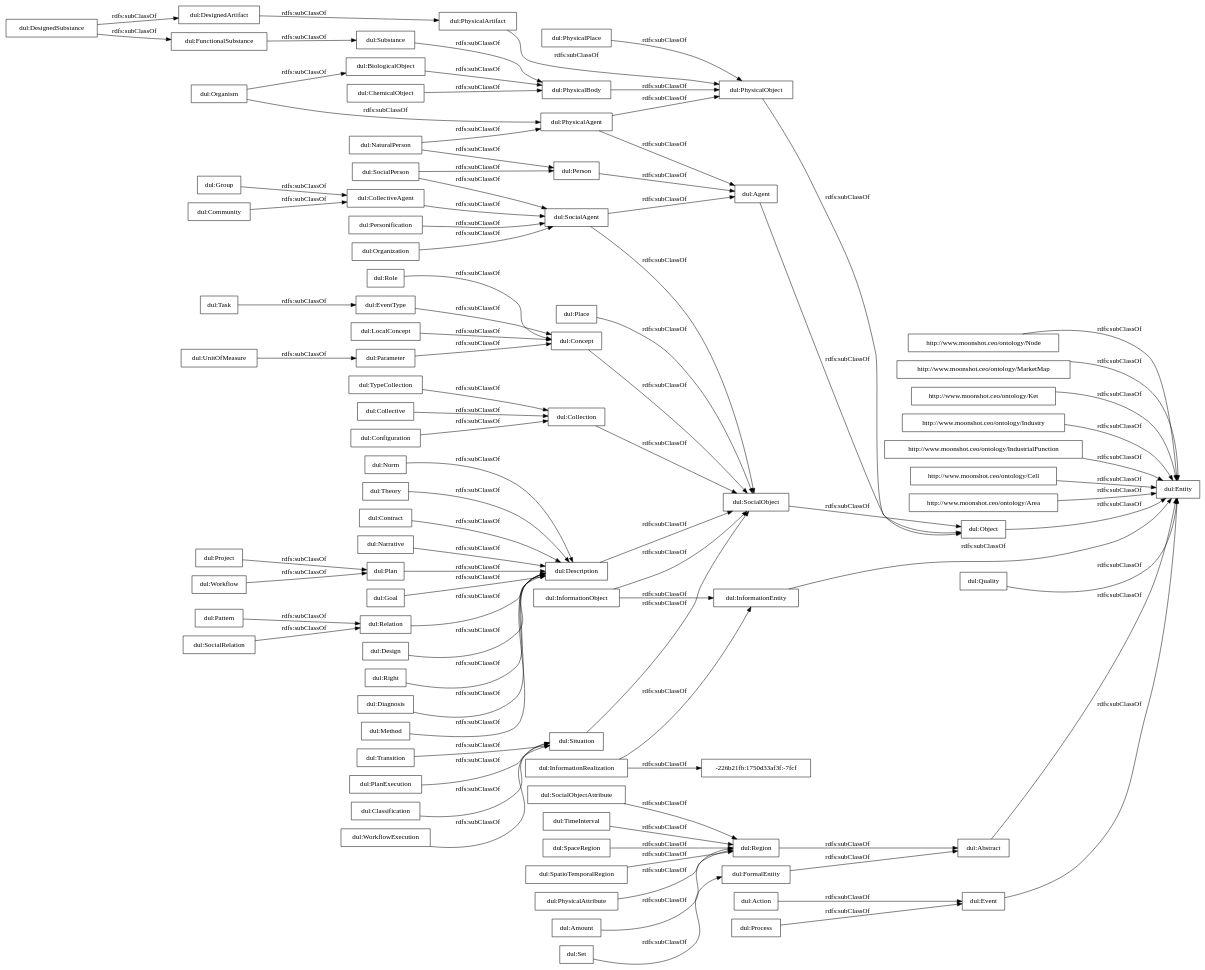
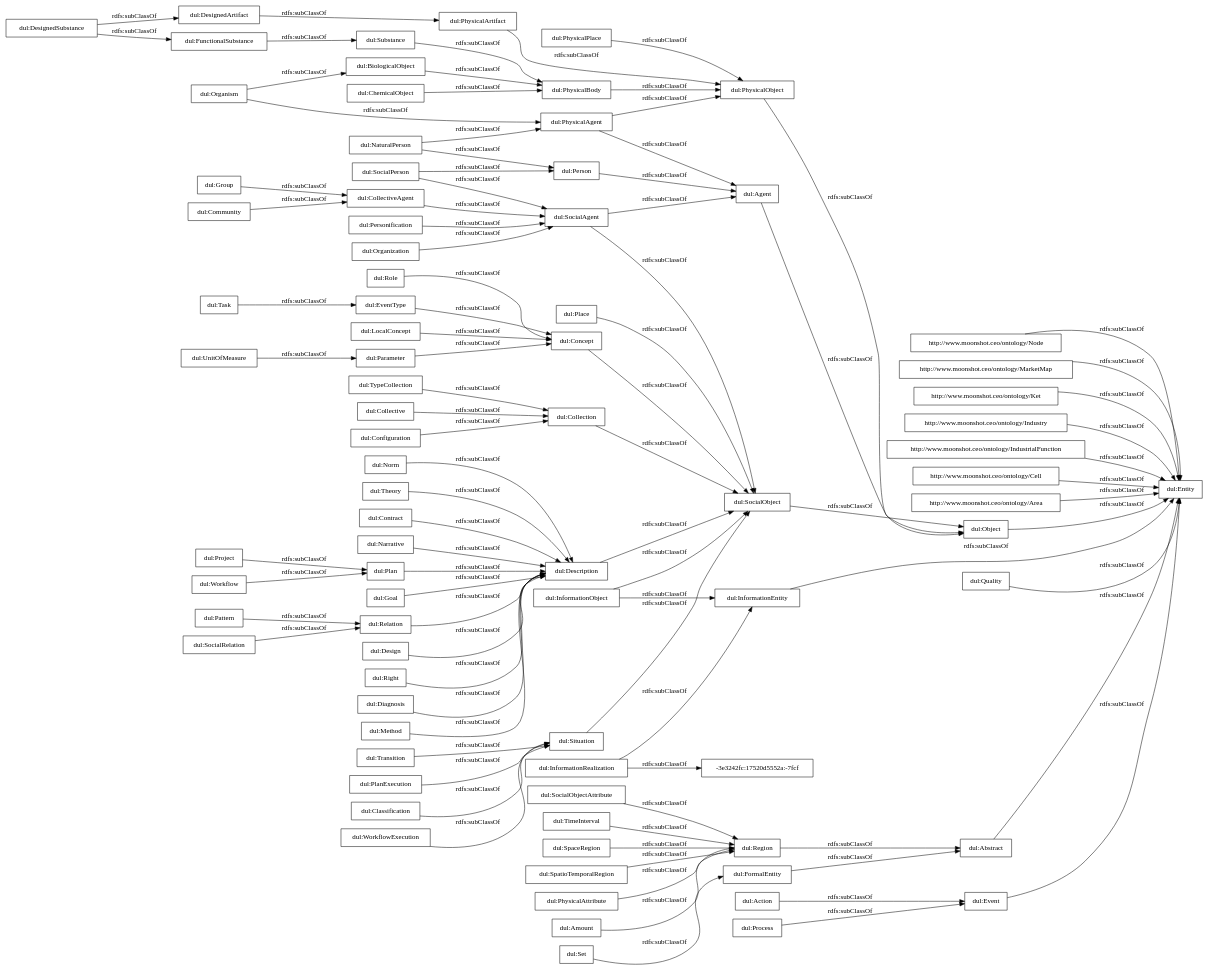
The diagram in OnToology/iebrain-core.owl/diagrams/ar2dtool-taxonomy/iebrain-core.owl.png.dot (oeg-upm/IEBrain), drawn with Graphviz before and after one commit. The commit also changed 54 other files, not shown here.

```diff
--- a/OnToology/iebrain-core.owl/diagrams/ar2dtool-taxonomy/iebrain-core.owl.png.dot
+++ b/OnToology/iebrain-core.owl/diagrams/ar2dtool-taxonomy/iebrain-core.owl.png.dot
@@ -1,95 +1,95 @@
 digraph ar2dtool_diagram { 
 rankdir=LR;
 size="1000"
-node [shape = rectangle, color="black"]; "http://www.moonshot.ceo/ontology/Node" "http://www.moonshot.ceo/ontology/MarketMap" "http://www.moonshot.ceo/ontology/Ket" "http://www.moonshot.ceo/ontology/Industry" "http://www.moonshot.ceo/ontology/IndustrialFunction" "http://www.moonshot.ceo/ontology/Cell" "http://www.moonshot.ceo/ontology/Area" "dul:Goal" "dul:FormalEntity" "dul:EventType" "dul:PhysicalBody" "dul:Object" "dul:Description" "dul:PhysicalAgent" "dul:Relation" "dul:Role" "dul:Entity" "dul:Organism" "dul:Personification" "dul:Situation" "dul:UnitOfMeasure" "dul:Abstract" "dul:SocialPerson" "dul:Transition" "dul:Collective" "dul:CollectiveAgent" "dul:Amount" "dul:Plan" "dul:Design" "dul:Process" "dul:SocialObjectAttribute" "dul:Right" "dul:Task" "dul:DesignedSubstance" "dul:BiologicalObject" "dul:Place" "dul:Quality" "dul:Action" "dul:SocialAgent" "dul:Configuration" "dul:Project" "dul:PlanExecution" "dul:Pattern" "dul:Diagnosis" "dul:Agent" "dul:Classification" "dul:Parameter" "dul:WorkflowExecution" "dul:SocialObject" "dul:Group" "dul:Community" "dul:FunctionalSubstance" "dul:PhysicalPlace" "dul:Method" "dul:Concept" "dul:SocialRelation" "dul:Event" "dul:DesignedArtifact" "dul:TimeInterval" "dul:Person" "dul:TypeCollection" "dul:SpaceRegion" "dul:PhysicalObject" "dul:SpatioTemporalRegion" "dul:Norm" "-226b21fb:1750d33af3f:-7fcf" "dul:InformationRealization" "dul:Theory" "dul:PhysicalAttribute" "dul:NaturalPerson" "dul:Workflow" "dul:InformationObject" "dul:ChemicalObject" "dul:Contract" "dul:Narrative" "dul:Collection" "dul:Substance" "dul:Region" "dul:InformationEntity" "dul:PhysicalArtifact" "dul:Organization" "dul:Set" "dul:LocalConcept" ; /*classes style*/
+node [shape = rectangle, color="black"]; "http://www.moonshot.ceo/ontology/Node" "http://www.moonshot.ceo/ontology/MarketMap" "http://www.moonshot.ceo/ontology/Ket" "http://www.moonshot.ceo/ontology/Industry" "http://www.moonshot.ceo/ontology/IndustrialFunction" "http://www.moonshot.ceo/ontology/Cell" "http://www.moonshot.ceo/ontology/Area" "dul:Goal" "dul:FormalEntity" "dul:EventType" "dul:PhysicalBody" "dul:Object" "dul:Description" "dul:PhysicalAgent" "dul:Role" "dul:Relation" "dul:Entity" "dul:Organism" "dul:Personification" "dul:Situation" "dul:UnitOfMeasure" "dul:Abstract" "-3e3242fc:17520d5552a:-7fcf" "dul:SocialPerson" "dul:Transition" "dul:Collective" "dul:CollectiveAgent" "dul:Amount" "dul:Plan" "dul:Design" "dul:Process" "dul:SocialObjectAttribute" "dul:Right" "dul:Task" "dul:DesignedSubstance" "dul:BiologicalObject" "dul:Quality" "dul:Place" "dul:Action" "dul:SocialAgent" "dul:Configuration" "dul:Project" "dul:PlanExecution" "dul:Pattern" "dul:Diagnosis" "dul:Agent" "dul:Classification" "dul:Parameter" "dul:WorkflowExecution" "dul:SocialObject" "dul:Group" "dul:Community" "dul:FunctionalSubstance" "dul:PhysicalPlace" "dul:Method" "dul:Concept" "dul:SocialRelation" "dul:Event" "dul:DesignedArtifact" "dul:TimeInterval" "dul:Person" "dul:TypeCollection" "dul:SpaceRegion" "dul:PhysicalObject" "dul:SpatioTemporalRegion" "dul:Norm" "dul:InformationRealization" "dul:Theory" "dul:PhysicalAttribute" "dul:NaturalPerson" "dul:Workflow" "dul:InformationObject" "dul:ChemicalObject" "dul:Contract" "dul:Narrative" "dul:Collection" "dul:Substance" "dul:Region" "dul:InformationEntity" "dul:PhysicalArtifact" "dul:Organization" "dul:Set" "dul:LocalConcept" ; /*classes style*/
 	"dul:CollectiveAgent" -> "dul:SocialAgent" [ label = "rdfs:subClassOf" ];
 	"dul:Region" -> "dul:Abstract" [ label = "rdfs:subClassOf" ];
 	"dul:TypeCollection" -> "dul:Collection" [ label = "rdfs:subClassOf" ];
 	"dul:PhysicalAttribute" -> "dul:Region" [ label = "rdfs:subClassOf" ];
 	"dul:Organization" -> "dul:SocialAgent" [ label = "rdfs:subClassOf" ];
 	"http://www.moonshot.ceo/ontology/Node" -> "dul:Entity" [ label = "rdfs:subClassOf" ];
 	"dul:Configuration" -> "dul:Collection" [ label = "rdfs:subClassOf" ];
 	"dul:Quality" -> "dul:Entity" [ label = "rdfs:subClassOf" ];
 	"dul:Description" -> "dul:SocialObject" [ label = "rdfs:subClassOf" ];
 	"dul:Community" -> "dul:CollectiveAgent" [ label = "rdfs:subClassOf" ];
 	"dul:Method" -> "dul:Description" [ label = "rdfs:subClassOf" ];
 	"dul:Concept" -> "dul:SocialObject" [ label = "rdfs:subClassOf" ];
 	"dul:Object" -> "dul:Entity" [ label = "rdfs:subClassOf" ];
 	"dul:Place" -> "dul:SocialObject" [ label = "rdfs:subClassOf" ];
 	"dul:PhysicalArtifact" -> "dul:PhysicalObject" [ label = "rdfs:subClassOf" ];
 	"dul:Organism" -> "dul:PhysicalAgent" [ label = "rdfs:subClassOf" ];
 	"dul:Organism" -> "dul:BiologicalObject" [ label = "rdfs:subClassOf" ];
 	"dul:Goal" -> "dul:Description" [ label = "rdfs:subClassOf" ];
 	"dul:FunctionalSubstance" -> "dul:Substance" [ label = "rdfs:subClassOf" ];
 	"dul:Role" -> "dul:Concept" [ label = "rdfs:subClassOf" ];
 	"dul:Collective" -> "dul:Collection" [ label = "rdfs:subClassOf" ];
 	"dul:InformationObject" -> "dul:SocialObject" [ label = "rdfs:subClassOf" ];
 	"dul:InformationObject" -> "dul:InformationEntity" [ label = "rdfs:subClassOf" ];
 	"dul:UnitOfMeasure" -> "dul:Parameter" [ label = "rdfs:subClassOf" ];
 	"dul:SocialObjectAttribute" -> "dul:Region" [ label = "rdfs:subClassOf" ];
 	"dul:WorkflowExecution" -> "dul:Situation" [ label = "rdfs:subClassOf" ];
 	"dul:Right" -> "dul:Description" [ label = "rdfs:subClassOf" ];
 	"dul:Task" -> "dul:EventType" [ label = "rdfs:subClassOf" ];
 	"dul:Set" -> "dul:FormalEntity" [ label = "rdfs:subClassOf" ];
 	"dul:DesignedSubstance" -> "dul:FunctionalSubstance" [ label = "rdfs:subClassOf" ];
 	"dul:DesignedSubstance" -> "dul:DesignedArtifact" [ label = "rdfs:subClassOf" ];
 	"dul:SocialObject" -> "dul:Object" [ label = "rdfs:subClassOf" ];
 	"dul:Parameter" -> "dul:Concept" [ label = "rdfs:subClassOf" ];
-	"dul:InformationRealization" -> "-226b21fb:1750d33af3f:-7fcf" [ label = "rdfs:subClassOf" ];
+	"dul:InformationRealization" -> "-3e3242fc:17520d5552a:-7fcf" [ label = "rdfs:subClassOf" ];
 	"dul:InformationRealization" -> "dul:InformationEntity" [ label = "rdfs:subClassOf" ];
 	"dul:Substance" -> "dul:PhysicalBody" [ label = "rdfs:subClassOf" ];
 	"dul:Event" -> "dul:Entity" [ label = "rdfs:subClassOf" ];
 	"dul:PhysicalAgent" -> "dul:PhysicalObject" [ label = "rdfs:subClassOf" ];
 	"dul:PhysicalAgent" -> "dul:Agent" [ label = "rdfs:subClassOf" ];
 	"http://www.moonshot.ceo/ontology/Area" -> "dul:Entity" [ label = "rdfs:subClassOf" ];
 	"dul:Project" -> "dul:Plan" [ label = "rdfs:subClassOf" ];
 	"dul:PhysicalObject" -> "dul:Object" [ label = "rdfs:subClassOf" ];
 	"dul:Action" -> "dul:Event" [ label = "rdfs:subClassOf" ];
 	"dul:Situation" -> "dul:SocialObject" [ label = "rdfs:subClassOf" ];
 	"dul:Design" -> "dul:Description" [ label = "rdfs:subClassOf" ];
 	"dul:EventType" -> "dul:Concept" [ label = "rdfs:subClassOf" ];
 	"dul:Classification" -> "dul:Situation" [ label = "rdfs:subClassOf" ];
 	"http://www.moonshot.ceo/ontology/IndustrialFunction" -> "dul:Entity" [ label = "rdfs:subClassOf" ];
 	"dul:Workflow" -> "dul:Plan" [ label = "rdfs:subClassOf" ];
 	"dul:Pattern" -> "dul:Relation" [ label = "rdfs:subClassOf" ];
 	"dul:Transition" -> "dul:Situation" [ label = "rdfs:subClassOf" ];
 	"dul:Norm" -> "dul:Description" [ label = "rdfs:subClassOf" ];
 	"dul:Person" -> "dul:Agent" [ label = "rdfs:subClassOf" ];
 	"http://www.moonshot.ceo/ontology/Ket" -> "dul:Entity" [ label = "rdfs:subClassOf" ];
 	"http://www.moonshot.ceo/ontology/Cell" -> "dul:Entity" [ label = "rdfs:subClassOf" ];
 	"dul:Contract" -> "dul:Description" [ label = "rdfs:subClassOf" ];
 	"dul:PhysicalPlace" -> "dul:PhysicalObject" [ label = "rdfs:subClassOf" ];
 	"dul:Relation" -> "dul:Description" [ label = "rdfs:subClassOf" ];
 	"dul:SocialRelation" -> "dul:Relation" [ label = "rdfs:subClassOf" ];
 	"dul:PlanExecution" -> "dul:Situation" [ label = "rdfs:subClassOf" ];
 	"http://www.moonshot.ceo/ontology/MarketMap" -> "dul:Entity" [ label = "rdfs:subClassOf" ];
 	"dul:LocalConcept" -> "dul:Concept" [ label = "rdfs:subClassOf" ];
 	"dul:FormalEntity" -> "dul:Abstract" [ label = "rdfs:subClassOf" ];
 	"dul:PhysicalBody" -> "dul:PhysicalObject" [ label = "rdfs:subClassOf" ];
 	"http://www.moonshot.ceo/ontology/Industry" -> "dul:Entity" [ label = "rdfs:subClassOf" ];
 	"dul:BiologicalObject" -> "dul:PhysicalBody" [ label = "rdfs:subClassOf" ];
 	"dul:SocialPerson" -> "dul:SocialAgent" [ label = "rdfs:subClassOf" ];
 	"dul:SocialPerson" -> "dul:Person" [ label = "rdfs:subClassOf" ];
 	"dul:NaturalPerson" -> "dul:PhysicalAgent" [ label = "rdfs:subClassOf" ];
 	"dul:NaturalPerson" -> "dul:Person" [ label = "rdfs:subClassOf" ];
 	"dul:TimeInterval" -> "dul:Region" [ label = "rdfs:subClassOf" ];
 	"dul:Collection" -> "dul:SocialObject" [ label = "rdfs:subClassOf" ];
 	"dul:InformationEntity" -> "dul:Entity" [ label = "rdfs:subClassOf" ];
 	"dul:SpatioTemporalRegion" -> "dul:Region" [ label = "rdfs:subClassOf" ];
 	"dul:Personification" -> "dul:SocialAgent" [ label = "rdfs:subClassOf" ];
 	"dul:DesignedArtifact" -> "dul:PhysicalArtifact" [ label = "rdfs:subClassOf" ];
 	"dul:ChemicalObject" -> "dul:PhysicalBody" [ label = "rdfs:subClassOf" ];
 	"dul:Narrative" -> "dul:Description" [ label = "rdfs:subClassOf" ];
 	"dul:Process" -> "dul:Event" [ label = "rdfs:subClassOf" ];
 	"dul:Theory" -> "dul:Description" [ label = "rdfs:subClassOf" ];
 	"dul:Abstract" -> "dul:Entity" [ label = "rdfs:subClassOf" ];
 	"dul:SpaceRegion" -> "dul:Region" [ label = "rdfs:subClassOf" ];
 	"dul:Plan" -> "dul:Description" [ label = "rdfs:subClassOf" ];
 	"dul:Group" -> "dul:CollectiveAgent" [ label = "rdfs:subClassOf" ];
 	"dul:SocialAgent" -> "dul:SocialObject" [ label = "rdfs:subClassOf" ];
 	"dul:SocialAgent" -> "dul:Agent" [ label = "rdfs:subClassOf" ];
 	"dul:Diagnosis" -> "dul:Description" [ label = "rdfs:subClassOf" ];
 	"dul:Agent" -> "dul:Object" [ label = "rdfs:subClassOf" ];
 	"dul:Amount" -> "dul:Region" [ label = "rdfs:subClassOf" ];
 
 }
```
